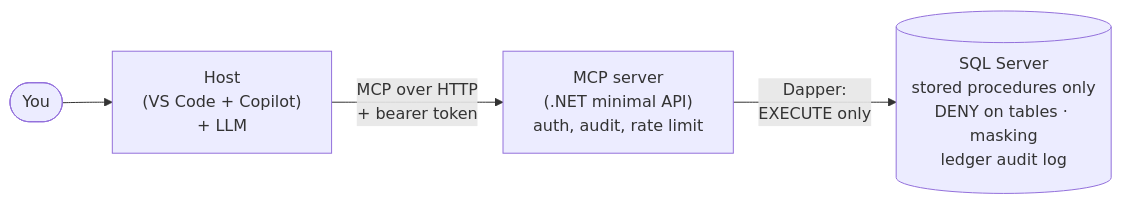
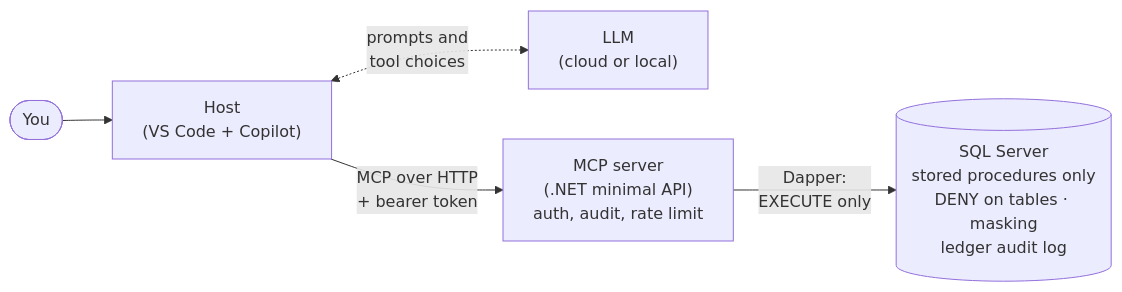
Before and after one commit to Code-Express-AI/trading-mcp-dotnet: the diagram in README.md, drawn with Mermaid. The commit also changed other lines of this file and 4 other files, not shown here.

````diff
--- a/README.md
+++ b/README.md
@@ -80,6 +82,7 @@
 ```mermaid
 flowchart LR
-    U([You]) --> H["Host<br/>(VS Code + Copilot)<br/>+ LLM"]
+    U([You]) --> H["Host<br/>(VS Code + Copilot)"]
+    H <-. "prompts and<br/>tool choices" .-> L["LLM<br/>(cloud or local)"]
     H -- "MCP over HTTP<br/>+ bearer token" --> S["MCP server<br/>(.NET minimal API)<br/>auth, audit, rate limit"]
     S -- "Dapper:<br/>EXECUTE only" --> D[("SQL Server<br/>stored procedures only<br/>DENY on tables · masking<br/>ledger audit log")]
 ```
````
